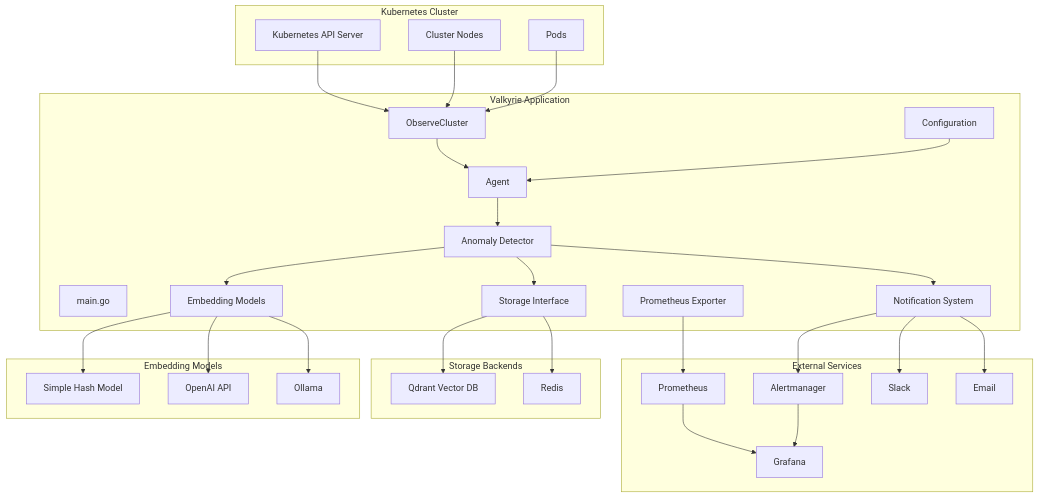
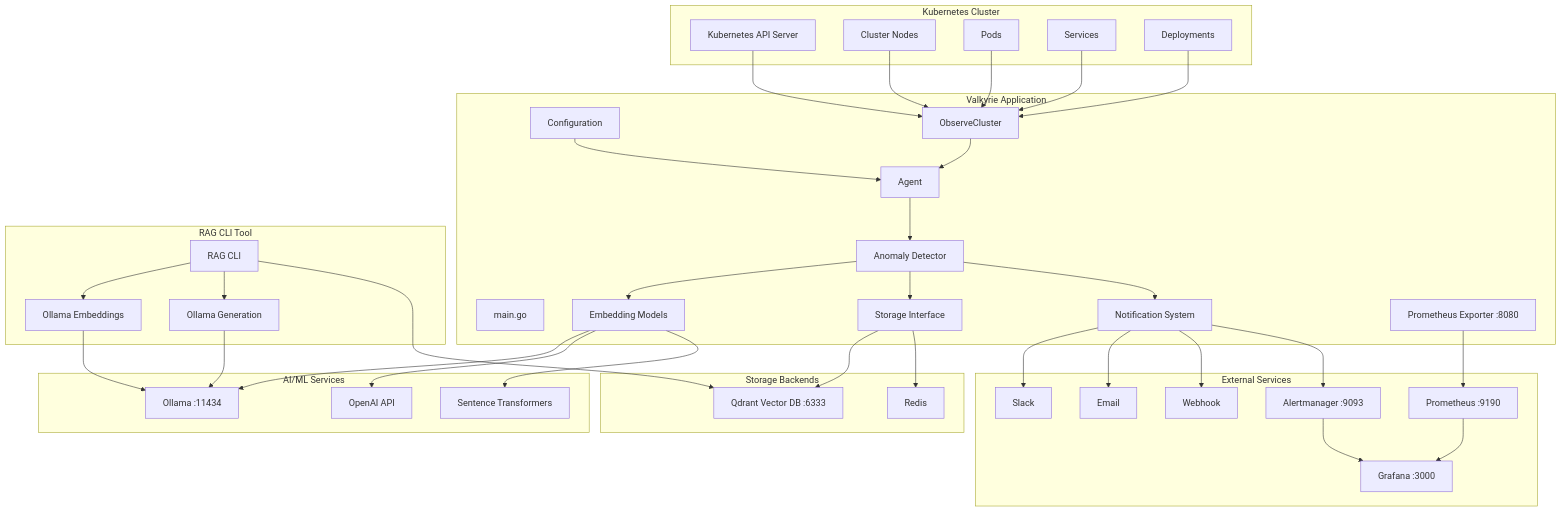
Before and after one commit to rodolfo-mora/huginn: the diagram in ARCHITECTURE.md, drawn with Mermaid. The commit also changed other lines of this file, not shown here.

````diff
--- a/ARCHITECTURE.md
+++ b/ARCHITECTURE.md
@@ -13,25 +13,28 @@
         K8S[Kubernetes API Server]
         NODES[Cluster Nodes]
         PODS[Pods]
+        SERVICES[Services]
+        DEPLOYMENTS[Deployments]
     end
 
     subgraph "External Services"
-        PROM[Prometheus]
-        GRAFANA[Grafana]
-        ALERTMANAGER[Alertmanager]
+        PROM[Prometheus :9190]
+        GRAFANA[Grafana :3000]
+        ALERTMANAGER[Alertmanager :9093]
         SLACK[Slack]
         EMAIL[Email]
+        WEBHOOK[Webhook]
     end
 
     subgraph "Storage Backends"
-        QDRANT[Qdrant Vector DB]
+        QDRANT[Qdrant Vector DB :6333]
         REDIS[Redis]
     end
 
-    subgraph "Embedding Models"
-        SIMPLE[Simple Hash Model]
+    subgraph "AI/ML Services"
+        OLLAMA[Ollama :11434]
         OPENAI[OpenAI API]
-        OLLAMA[Ollama]
+        SENTENCE_TRANSFORMERS[Sentence Transformers]
     end
 
     %% Main Application
@@ -44,21 +47,30 @@
         EMBEDDING[Embedding Models]
         STORAGE[Storage Interface]
         NOTIFIER[Notification System]
-        METRICS[Prometheus Exporter]
+        METRICS[Prometheus Exporter :8080]
+    end
+
+    %% RAG CLI Tool
+    subgraph "RAG CLI Tool"
+        RAG_CLI[RAG CLI]
+        RAG_EMBEDDING[Ollama Embeddings]
+        RAG_GENERATION[Ollama Generation]
     end
 
     %% Data Flow
     K8S --> OBSERVE
     NODES --> OBSERVE
     PODS --> OBSERVE
+    SERVICES --> OBSERVE
+    DEPLOYMENTS --> OBSERVE
     
     OBSERVE --> AGENT
     AGENT --> ANOMALY
     
     ANOMALY --> EMBEDDING
-    EMBEDDING --> SIMPLE
+    EMBEDDING --> OLLAMA
     EMBEDDING --> OPENAI
-    EMBEDDING --> OLLAMA
+    EMBEDDING --> SENTENCE_TRANSFORMERS
     
     ANOMALY --> STORAGE
     STORAGE --> QDRANT
@@ -67,6 +79,7 @@
     ANOMALY --> NOTIFIER
     NOTIFIER --> SLACK
     NOTIFIER --> EMAIL
+    NOTIFIER --> WEBHOOK
     NOTIFIER --> ALERTMANAGER
     
     METRICS --> PROM
@@ -74,4 +87,11 @@
     ALERTMANAGER --> GRAFANA
     
     CONFIG --> AGENT
+
+    %% RAG CLI connections
+    RAG_CLI --> RAG_EMBEDDING
+    RAG_CLI --> RAG_GENERATION
+    RAG_EMBEDDING --> OLLAMA
+    RAG_GENERATION --> OLLAMA
+    RAG_CLI --> QDRANT
 ```
````
